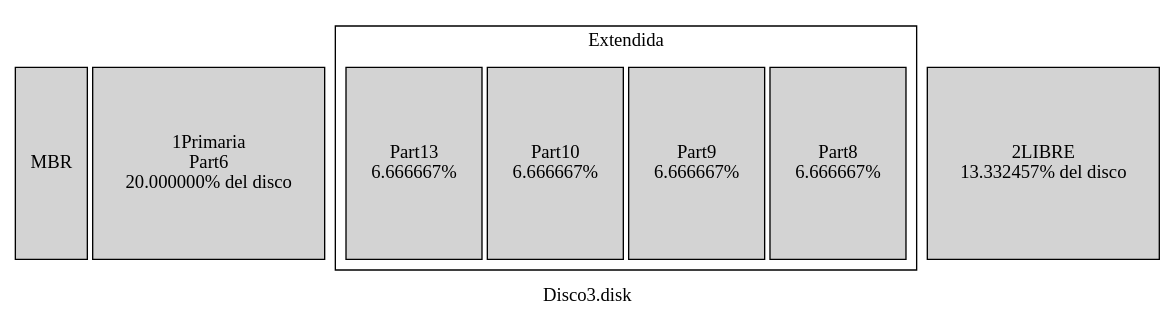
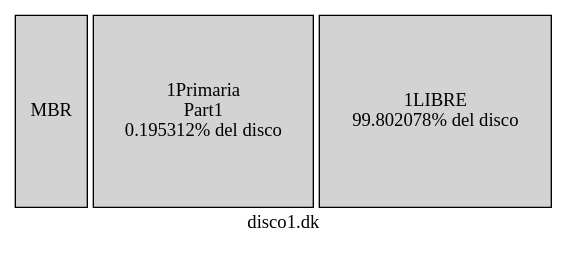
The diagram in resultados/disk.dot (av-edson/-MIA-Proyecto1_201902302), drawn with Graphviz before and after one commit. The commit also changed 71 other files, not shown here.

```diff
--- a/resultados/disk.dot
+++ b/resultados/disk.dot
@@ -1,17 +1,11 @@
 digraph {
 node [shape=rec style=filled height=2];
 graph [ nodesep=0.05];
-label="Disco3.disk"
+label="disco1.dk"
 MBR
 "1Primaria
-Part6
-20.000000% del disco"
-subgraph cluster1{ label="Extendida"
-"Part8
-6.666667% ""Part9
-6.666667% ""Part10
-6.666667% ""Part13
-6.666667% "}
-"2LIBRE
-13.332457% del disco"
+Part1
+0.195312% del disco"
+"1LIBRE
+99.802078% del disco"
 }
```
